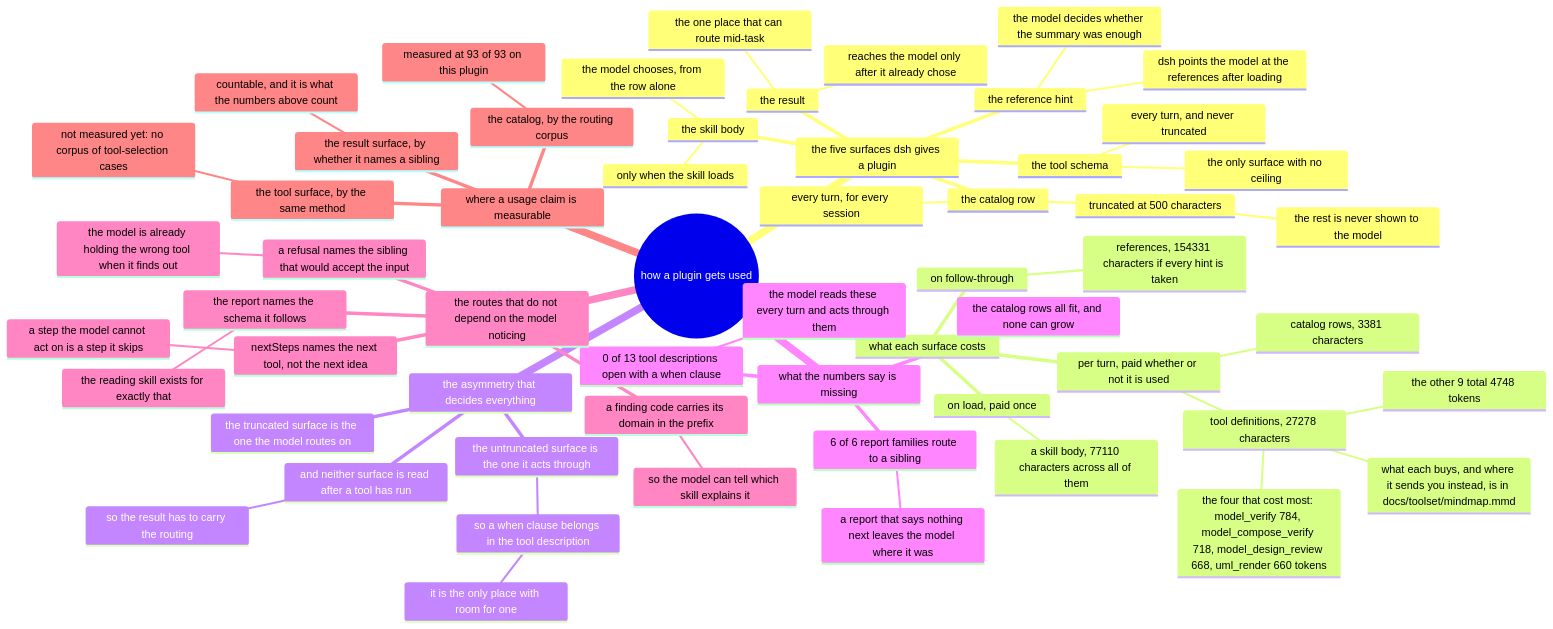
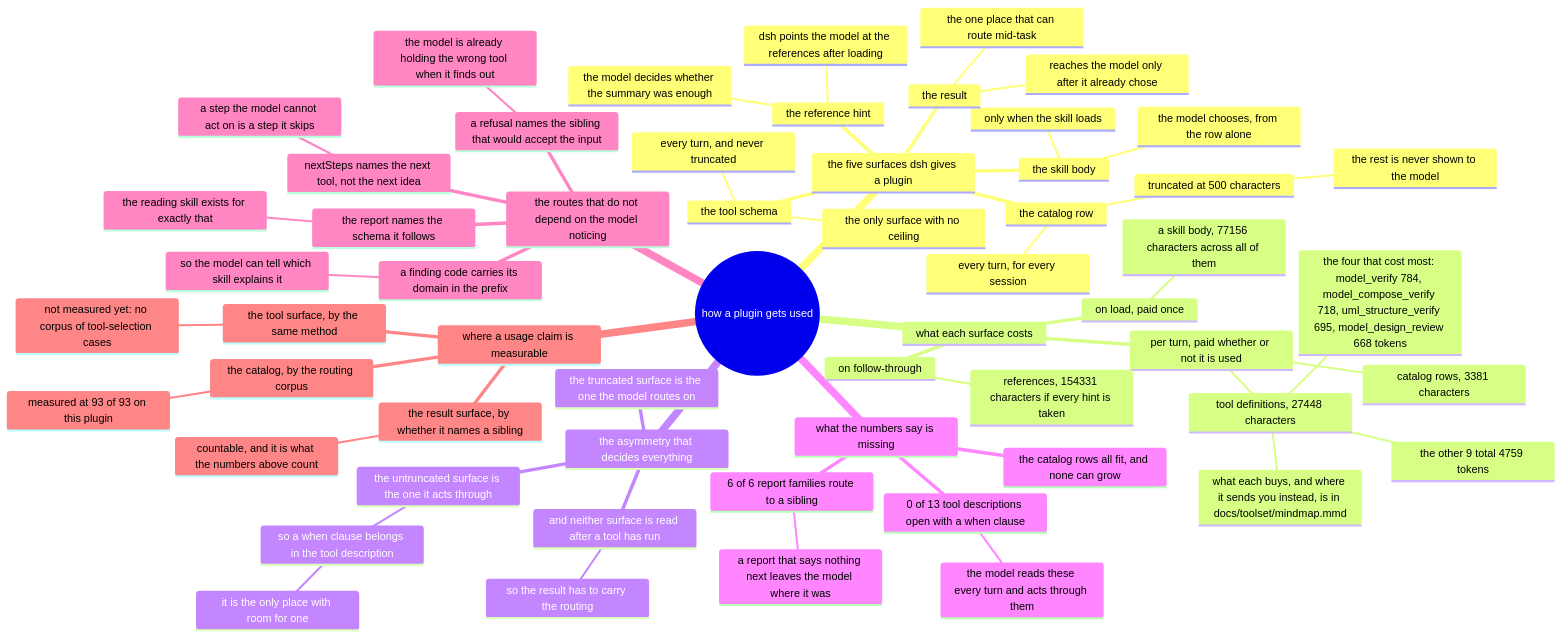
One commit to AmethystLuna/dsh-model-everything changed the diagram in docs/usage/mindmap.mmd. Above: the diagram before and after it, drawn with Mermaid. The commit also changed 13 other files, not shown here.

```diff
--- a/docs/usage/mindmap.mmd
+++ b/docs/usage/mindmap.mmd
@@ -1,59 +1,59 @@
 mindmap
 root((how a plugin gets used))
   the five surfaces dsh gives a plugin
     the catalog row
       every turn, for every session
       truncated at 500 characters
         the rest is never shown to the model
     the skill body
       only when the skill loads
       the model chooses, from the row alone
     the reference hint
       dsh points the model at the references after loading
       the model decides whether the summary was enough
     the tool schema
       every turn, and never truncated
       the only surface with no ceiling
     the result
       reaches the model only after it already chose
       the one place that can route mid-task
   what each surface costs
     per turn, paid whether or not it is used
       catalog rows, 3381 characters
-      tool definitions, 27278 characters
-        the four that cost most: model_verify 784, model_compose_verify 718, model_design_review 668, uml_render 660 tokens
-        the other 9 total 4748 tokens
+      tool definitions, 27448 characters
+        the four that cost most: model_verify 784, model_compose_verify 718, uml_structure_verify 695, model_design_review 668 tokens
+        the other 9 total 4759 tokens
         what each buys, and where it sends you instead, is in docs/toolset/mindmap.mmd
     on load, paid once
-      a skill body, 77110 characters across all of them
+      a skill body, 77156 characters across all of them
     on follow-through
       references, 154331 characters if every hint is taken
   the asymmetry that decides everything
     the truncated surface is the one the model routes on
     the untruncated surface is the one it acts through
       so a when clause belongs in the tool description
         it is the only place with room for one
     and neither surface is read after a tool has run
       so the result has to carry the routing
   what the numbers say is missing
     0 of 13 tool descriptions open with a when clause
       the model reads these every turn and acts through them
     6 of 6 report families route to a sibling
       a report that says nothing next leaves the model where it was
     the catalog rows all fit, and none can grow
   the routes that do not depend on the model noticing
     a refusal names the sibling that would accept the input
       the model is already holding the wrong tool when it finds out
     nextSteps names the next tool, not the next idea
       a step the model cannot act on is a step it skips
     a finding code carries its domain in the prefix
       so the model can tell which skill explains it
     the report names the schema it follows
       the reading skill exists for exactly that
   where a usage claim is measurable
     the catalog, by the routing corpus
       measured at 93 of 93 on this plugin
     the tool surface, by the same method
       not measured yet: no corpus of tool-selection cases
     the result surface, by whether it names a sibling
       countable, and it is what the numbers above count
```
